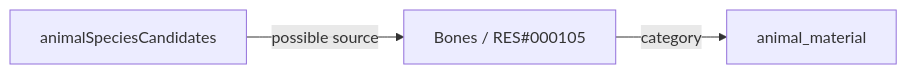
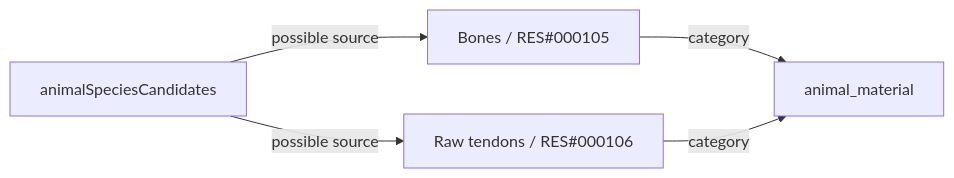
Before and after one commit to fgabo404/EvolveDoc: diagram 27 of 37 in data/resources/DIAGRAMS.md, drawn with Mermaid. The commit also changed other lines of this file and 44 other files, not shown here.

````diff
--- a/data/resources/DIAGRAMS.md
+++ b/data/resources/DIAGRAMS.md
@@ -643,8 +646,11 @@
 ```mermaid
 flowchart LR
     r0["Bones / RES#000105"]
     k0["animal_material"]
     r0 -->|category| k0
     s0["animalSpeciesCandidates"]
     s0 -->|possible source| r0
+    r1["Raw tendons / RES#000106"]
+    r1 -->|category| k0
+    s0 -->|possible source| r1
 ```
````
